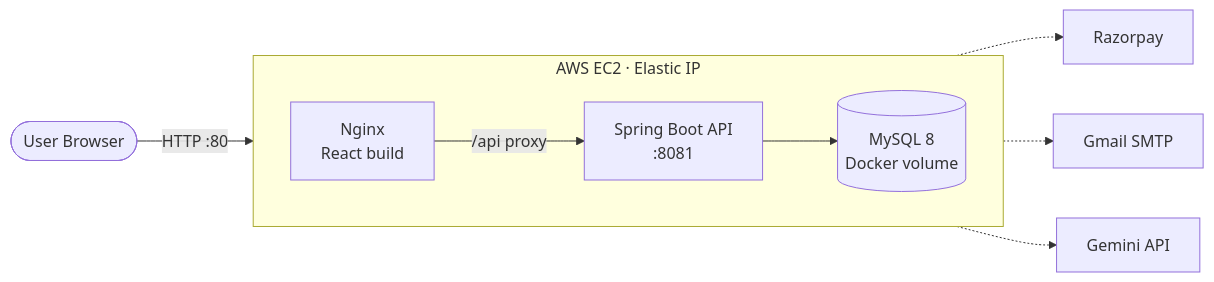
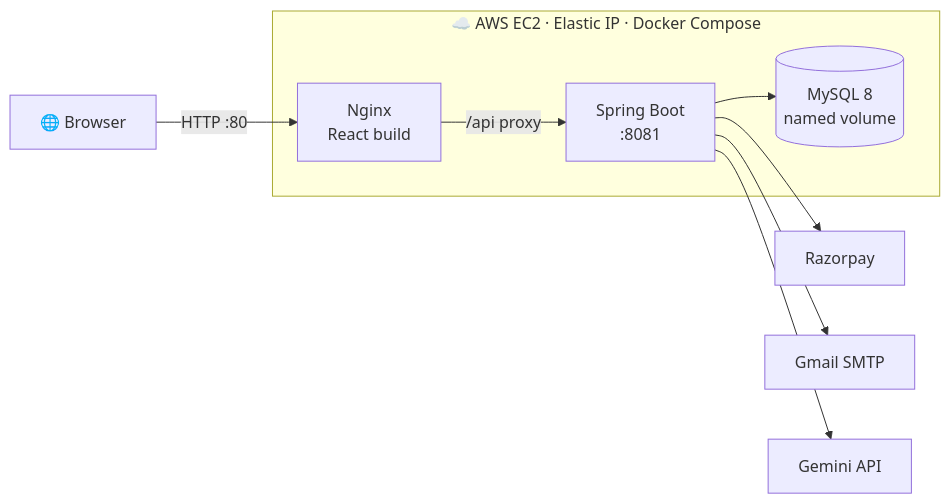
One commit to GitadarshSingh/marquee-movie-booking changed the first of 3 diagrams in README.md. Above: the diagram before and after it, drawn with Mermaid. The commit also changed other lines of this file, not shown here.

````diff
--- a/README.md
+++ b/README.md
@@ -66,14 +71,13 @@
 ```mermaid
 flowchart LR
-    U([User Browser]) -->|HTTP :80| N
+    U["🌐 Browser"] -->|"HTTP :80"| N
 
-    subgraph EC2["AWS EC2 · Elastic IP"]
-        direction LR
-        N[Nginx<br/>React build] -->|/api proxy| B[Spring Boot API<br/>:8081]
-        B --> D[(MySQL 8<br/>Docker volume)]
+    subgraph EC2["☁️ AWS EC2 · Elastic IP · Docker Compose"]
+        N["Nginx<br/>React build"] -->|"/api proxy"| B["Spring Boot<br/>:8081"]
+        B --> M[("MySQL 8<br/>named volume")]
     end
 
-    B -.-> R[Razorpay]
-    B -.-> M[Gmail SMTP]
-    B -.-> G[Gemini API]
+    B --> R["Razorpay"]
+    B --> G["Gmail SMTP"]
+    B --> A["Gemini API"]
 ```
````
